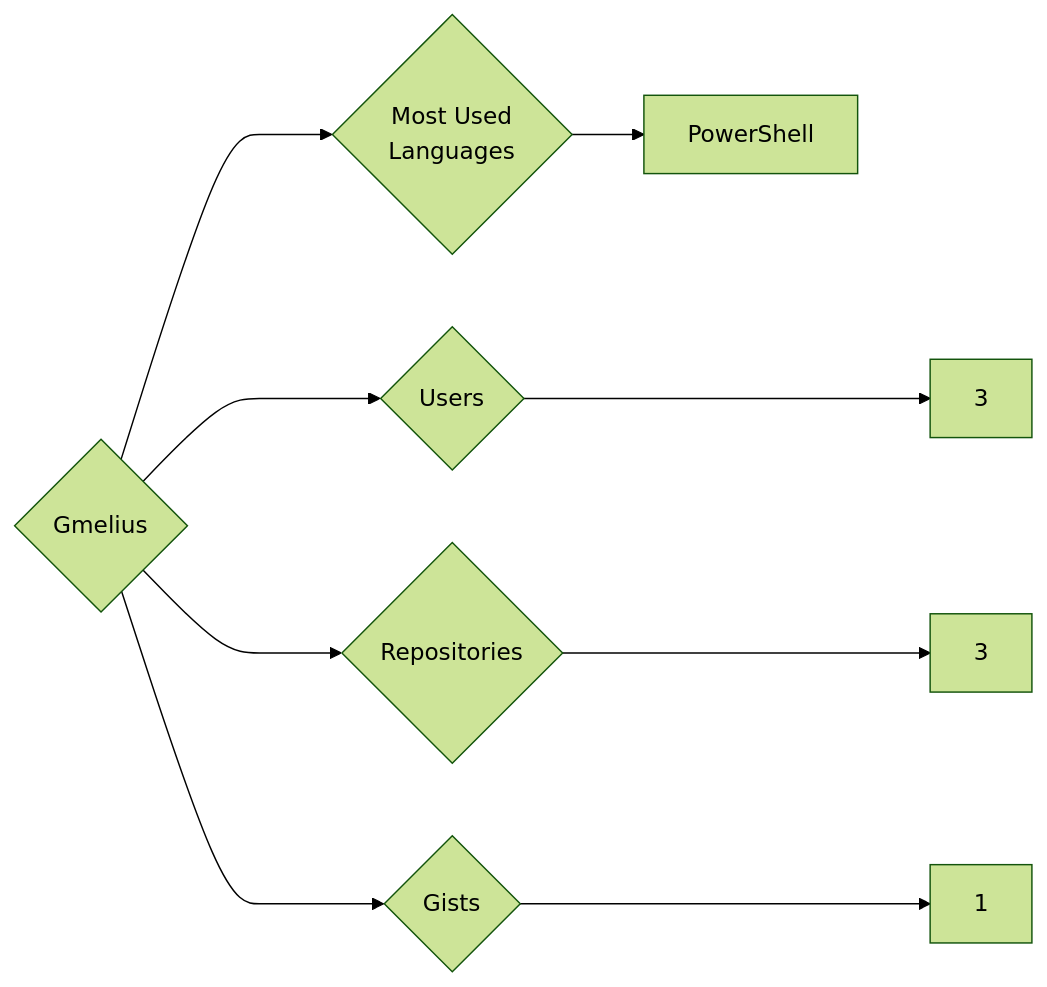
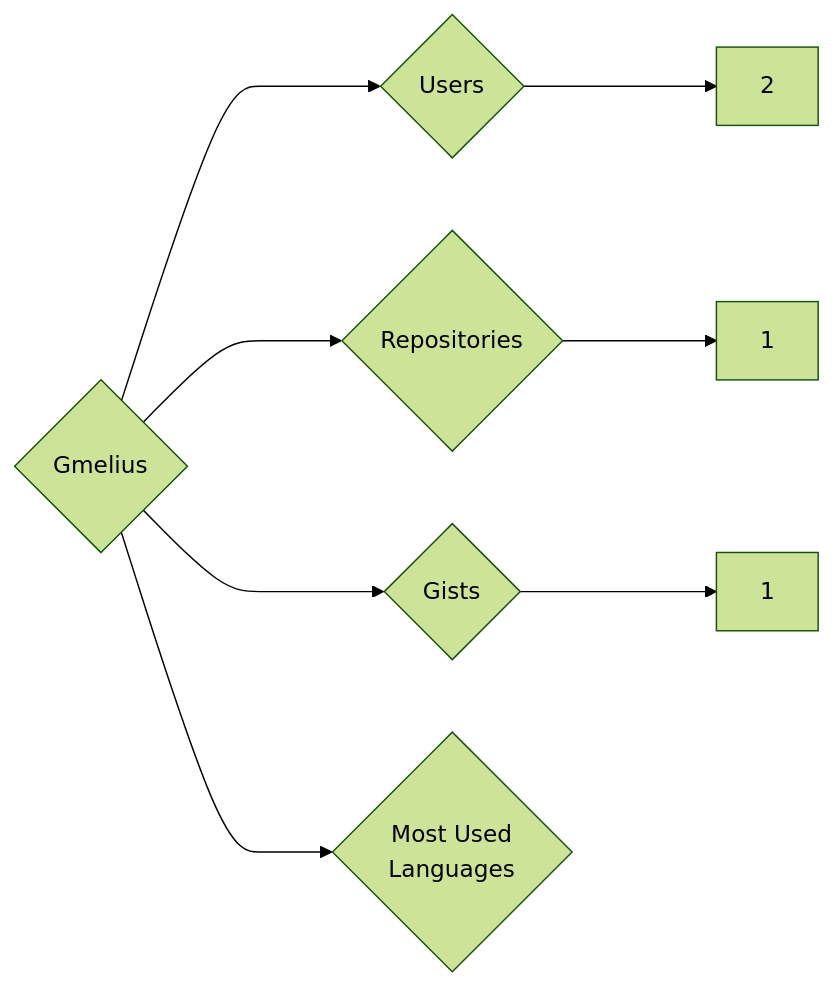
The diagram in targets/Gmelius/README.md (trickest/insiders), drawn with Mermaid (forest theme) before and after one commit. The commit also changed 724 other files, not shown here.

````diff
--- a/targets/Gmelius/README.md
+++ b/targets/Gmelius/README.md
@@ -3,9 +3,8 @@
 ```mermaid
 graph LR
 COMPANY_NAME{Gmelius}
-COMPANY_NAME ---> U{Users} ---> UN[3]
-COMPANY_NAME ---> R{Repositories} ---> RN[3]
+COMPANY_NAME ---> U{Users} ---> UN[2]
+COMPANY_NAME ---> R{Repositories} ---> RN[1]
 COMPANY_NAME ---> G{Gists} ---> GN[1]
 COMPANY_NAME ---> ML{Most Used<br>Languages}
-ML --> PowerShell[PowerShell]
 ```
````
